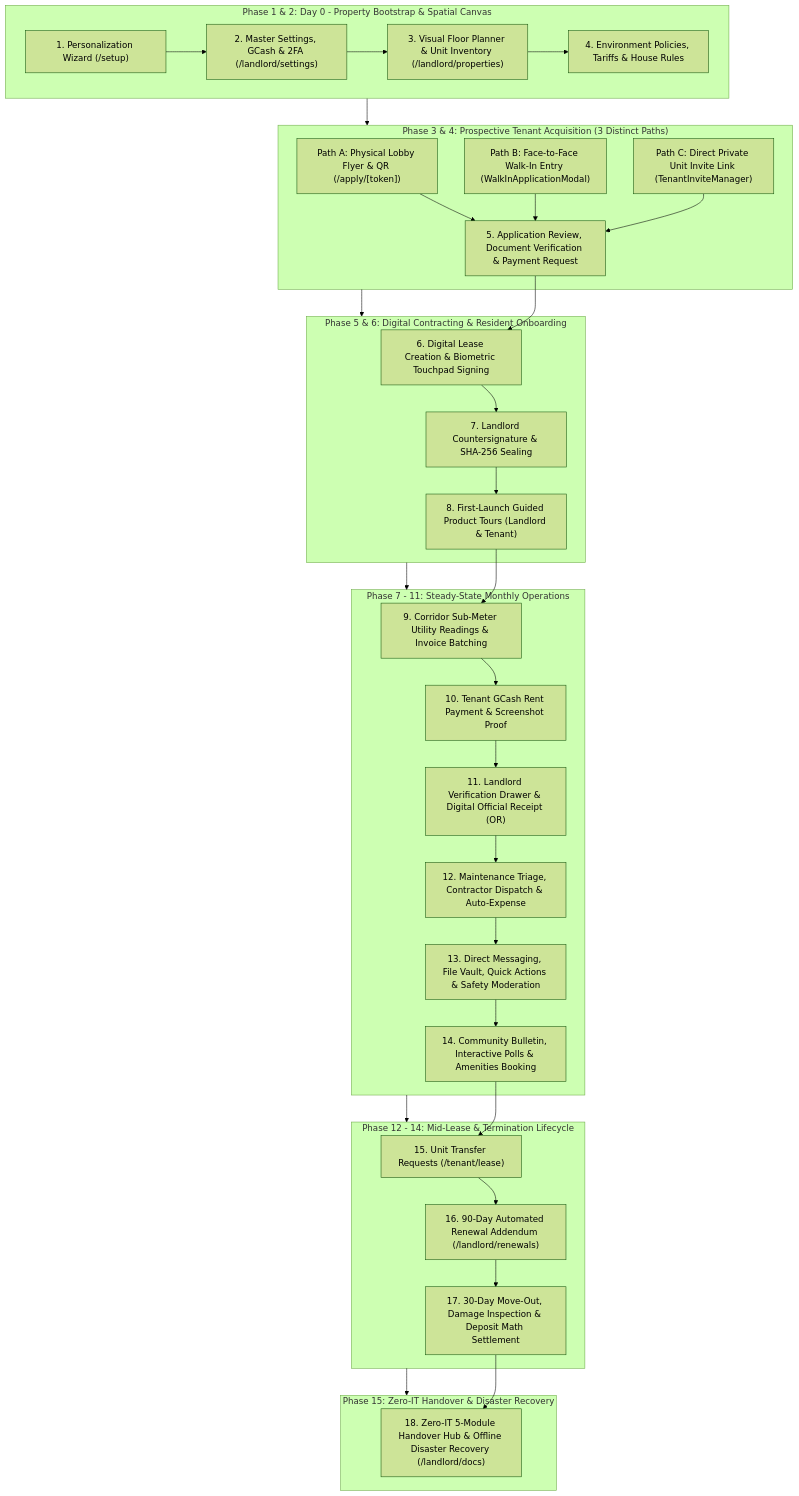
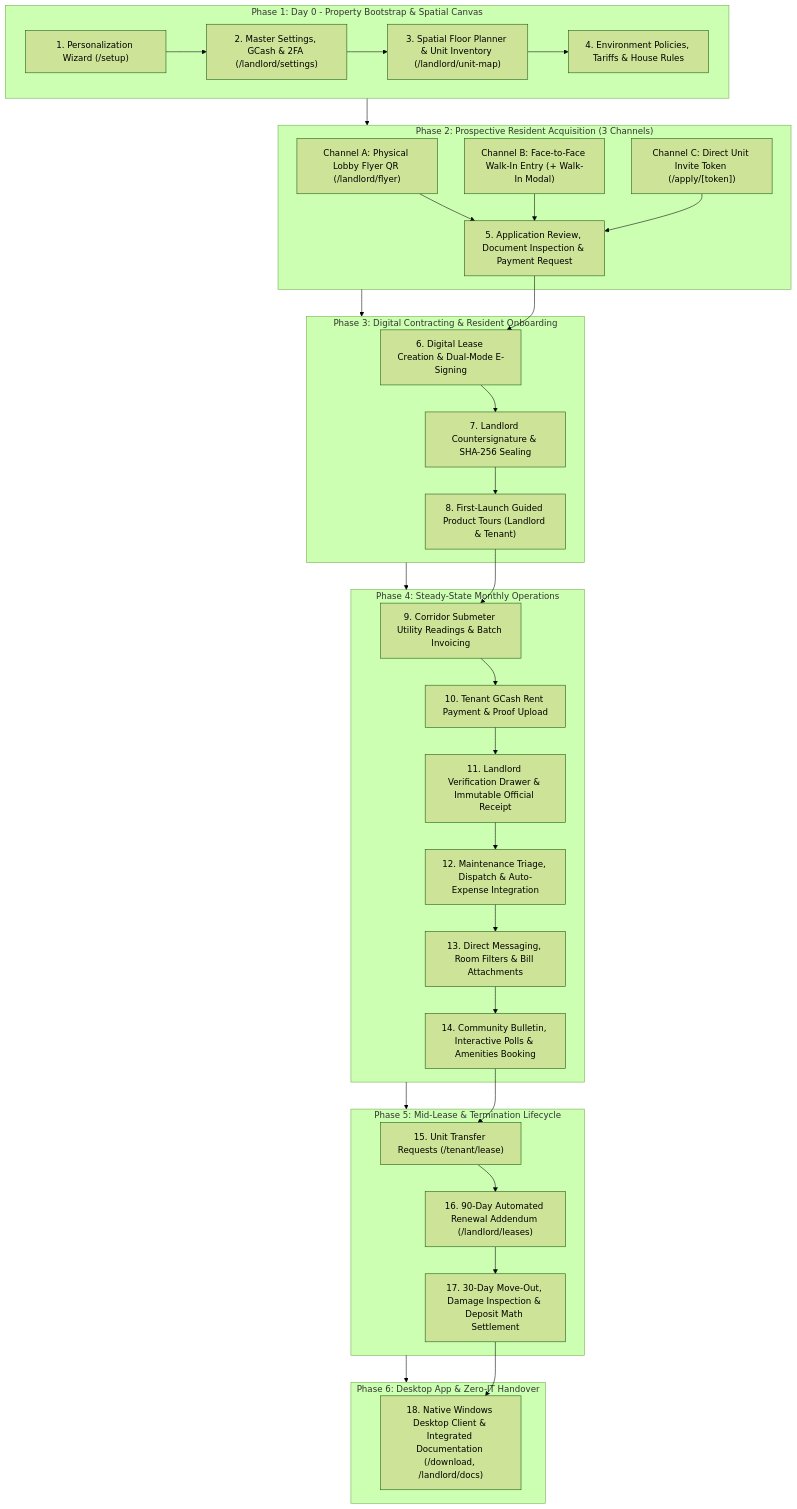
The first of 7 diagrams in docs/END_TO_END_OPERATIONS_AND_BUG_HUNTING_GUIDE.md (Sedictt/iReside---Capstone), drawn with Mermaid (forest theme) before and after one commit. The commit also changed other lines of this file and 20 other files, not shown here.

Commit message:
fix(tenant): fix unit map tooltip positioning and zoom scale, resolve double-logout, and prevent stale login cache

````diff
--- a/docs/END_TO_END_OPERATIONS_AND_BUG_HUNTING_GUIDE.md
+++ b/docs/END_TO_END_OPERATIONS_AND_BUG_HUNTING_GUIDE.md
@@ -26,42 +31,42 @@
 ```mermaid
 flowchart TD
-    subgraph Day0 ["Phase 1 & 2: Day 0 - Property Bootstrap & Spatial Canvas"]
+    subgraph Day0 ["Phase 1: Day 0 - Property Bootstrap & Spatial Canvas"]
         A["1. Personalization Wizard (/setup)"] --> B["2. Master Settings, GCash & 2FA (/landlord/settings)"]
-        B --> C["3. Visual Floor Planner & Unit Inventory (/landlord/properties)"]
+        B --> C["3. Spatial Floor Planner & Unit Inventory (/landlord/unit-map)"]
         C --> D["4. Environment Policies, Tariffs & House Rules"]
     end
 
-    subgraph Intake ["Phase 3 & 4: Prospective Tenant Acquisition (3 Distinct Paths)"]
-        E1["Path A: Physical Lobby Flyer & QR (/apply/[token])"]
-        E2["Path B: Face-to-Face Walk-In Entry (WalkInApplicationModal)"]
-        E3["Path C: Direct Private Unit Invite Link (TenantInviteManager)"]
-        E1 & E2 & E3 --> F["5. Application Review, Document Verification & Payment Request"]
+    subgraph Intake ["Phase 2: Prospective Resident Acquisition (3 Channels)"]
+        E1["Channel A: Physical Lobby Flyer QR (/landlord/flyer)"]
+        E2["Channel B: Face-to-Face Walk-In Entry (+ Walk-In Modal)"]
+        E3["Channel C: Direct Unit Invite Token (/apply/[token])"]
+        E1 & E2 & E3 --> F["5. Application Review, Document Inspection & Payment Request"]
     end
 
-    subgraph Lease ["Phase 5 & 6: Digital Contracting & Resident Onboarding"]
-        F --> G["6. Digital Lease Creation & Biometric Touchpad Signing"]
+    subgraph Lease ["Phase 3: Digital Contracting & Resident Onboarding"]
+        F --> G["6. Digital Lease Creation & Dual-Mode E-Signing"]
         G --> H["7. Landlord Countersignature & SHA-256 Sealing"]
         H --> I["8. First-Launch Guided Product Tours (Landlord & Tenant)"]
     end
 
-    subgraph Operations ["Phase 7 - 11: Steady-State Monthly Operations"]
-        I --> J["9. Corridor Sub-Meter Utility Readings & Invoice Batching"]
-        J --> K["10. Tenant GCash Rent Payment & Screenshot Proof"]
-        K --> L["11. Landlord Verification Drawer & Digital Official Receipt (OR)"]
-        L --> M["12. Maintenance Triage, Contractor Dispatch & Auto-Expense"]
-        M --> N["13. Direct Messaging, File Vault, Quick Actions & Safety Moderation"]
+    subgraph Operations ["Phase 4: Steady-State Monthly Operations"]
+        I --> J["9. Corridor Submeter Utility Readings & Batch Invoicing"]
+        J --> K["10. Tenant GCash Rent Payment & Proof Upload"]
+        K --> L["11. Landlord Verification Drawer & Immutable Official Receipt"]
+        L --> M["12. Maintenance Triage, Dispatch & Auto-Expense Integration"]
+        M --> N["13. Direct Messaging, Room Filters & Bill Attachments"]
         N --> O["14. Community Bulletin, Interactive Polls & Amenities Booking"]
     end
 
-    subgraph Lifecycle ["Phase 12 - 14: Mid-Lease & Termination Lifecycle"]
+    subgraph Lifecycle ["Phase 5: Mid-Lease & Termination Lifecycle"]
         O --> P["15. Unit Transfer Requests (/tenant/lease)"]
-        P --> Q["16. 90-Day Automated Renewal Addendum (/landlord/renewals)"]
+        P --> Q["16. 90-Day Automated Renewal Addendum (/landlord/leases)"]
         Q --> R["17. 30-Day Move-Out, Damage Inspection & Deposit Math Settlement"]
     end
 
-    subgraph HandoverHub ["Phase 15: Zero-IT Handover & Disaster Recovery"]
-        R --> S["18. Zero-IT 5-Module Handover Hub & Offline Disaster Recovery (/landlord/docs)"]
+    subgraph HandoverHub ["Phase 6: Desktop App & Zero-IT Handover"]
+        R --> S["18. Native Windows Desktop Client & Integrated Documentation (/download, /landlord/docs)"]
     end
 
     Day0 --> Intake --> Lease --> Operations --> Lifecycle --> HandoverHub
 ```
````
